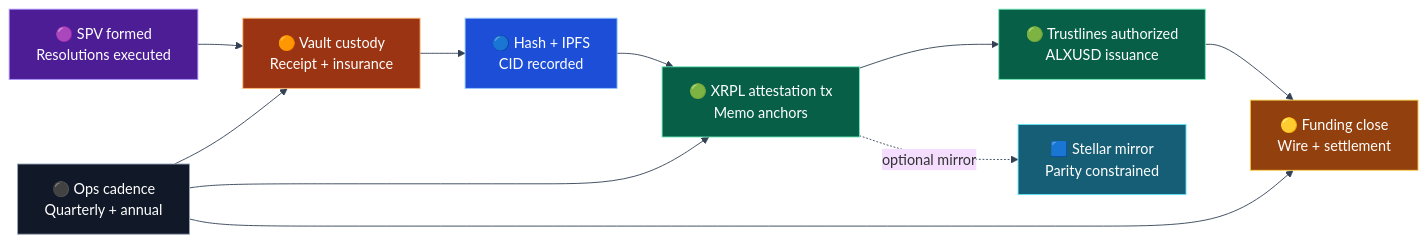
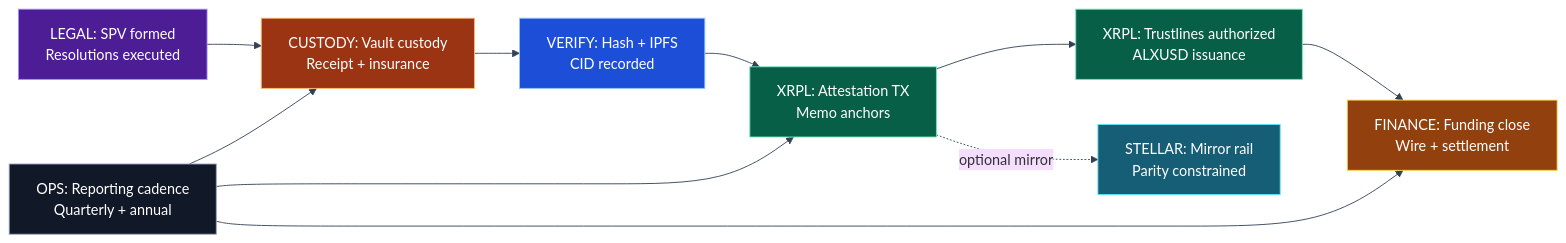
The first of 7 diagrams in diagrams/00-Color-Coded-Overview.md (Y3KDigital/axlusd), drawn with Mermaid before and after one commit. The commit also changed other lines of this file and 7 other files, not shown here.

Commit message:
SR-level TOC + color-coded diagrams

````diff
--- a/diagrams/00-Color-Coded-Overview.md
+++ b/diagrams/00-Color-Coded-Overview.md
@@ -9,24 +10,24 @@
 ```mermaid
 %%{init: {"theme":"base","themeVariables":{
   "fontFamily":"Inter, Segoe UI, Arial",
   "lineColor":"#334155"
 }}}%%
 flowchart LR
-  A[🟣 SPV formed\nResolutions executed]:::legal --> B[🟠 Vault custody\nReceipt + insurance]:::cust
-  B --> C[🔵 Hash + IPFS\nCID recorded]:::verify
-  C --> D[🟢 XRPL attestation tx\nMemo anchors]:::xrpl
-  D --> E[🟢 Trustlines authorized\nALXUSD issuance]:::xrpl
-  E --> F[🟡 Funding close\nWire + settlement]:::fin
-  D -. optional mirror .-> G[🟦 Stellar mirror\nParity constrained]:::stellar
-  H[⚫ Ops cadence\nQuarterly + annual]:::ops --> B
+  A[LEGAL: SPV formed\nResolutions executed]:::legal --> B[CUSTODY: Vault custody\nReceipt + insurance]:::cust
+  B --> C[VERIFY: Hash + IPFS\nCID recorded]:::verify
+  C --> D[XRPL: Attestation TX\nMemo anchors]:::xrpl
+  D --> E[XRPL: Trustlines authorized\nALXUSD issuance]:::xrpl
+  E --> F[FINANCE: Funding close\nWire + settlement]:::fin
+  D -. optional mirror .-> G[STELLAR: Mirror rail\nParity constrained]:::stellar
+  H[OPS: Reporting cadence\nQuarterly + annual]:::ops --> B
   H --> D
   H --> F
 
-  classDef legal fill:#4c1d95,stroke:#a78bfa,color:#fff;
-  classDef cust fill:#9a3412,stroke:#fdba74,color:#fff;
-  classDef verify fill:#1d4ed8,stroke:#93c5fd,color:#fff;
-  classDef xrpl fill:#065f46,stroke:#6ee7b7,color:#fff;
-  classDef stellar fill:#155e75,stroke:#67e8f9,color:#fff;
-  classDef fin fill:#92400e,stroke:#fcd34d,color:#fff;
-  classDef ops fill:#111827,stroke:#94a3b8,color:#fff;
+  classDef legal fill:#4c1d95,stroke:#a78bfa,color:#fff,stroke-width:1px;
+  classDef cust fill:#9a3412,stroke:#fdba74,color:#fff,stroke-width:1px;
+  classDef verify fill:#1d4ed8,stroke:#93c5fd,color:#fff,stroke-width:1px;
+  classDef xrpl fill:#065f46,stroke:#6ee7b7,color:#fff,stroke-width:1px;
+  classDef stellar fill:#155e75,stroke:#67e8f9,color:#fff,stroke-width:1px;
+  classDef fin fill:#92400e,stroke:#fcd34d,color:#fff,stroke-width:1px;
+  classDef ops fill:#111827,stroke:#94a3b8,color:#fff,stroke-width:1px;
 ```
````
